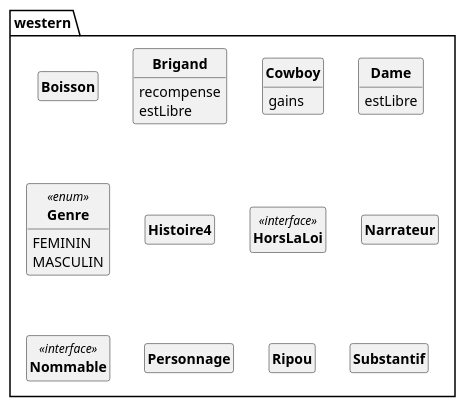
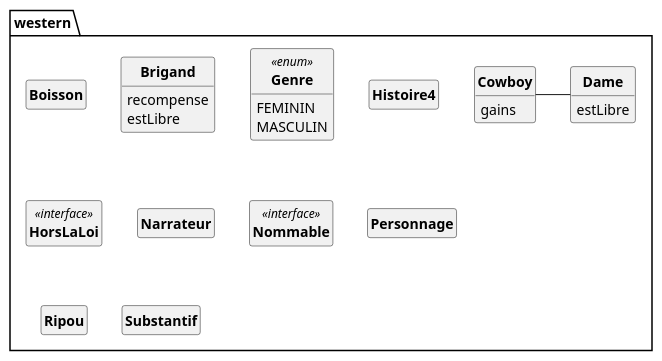
Before and after one commit to DimToups/Java-to-PUML-converter: the diagram in out/production/p21_projet/pumlFromJava/westernClass.puml, drawn with PlantUML. The commit also changed 3 other files, not shown here.

```diff
--- a/out/production/p21_projet/pumlFromJava/westernClass.puml
+++ b/out/production/p21_projet/pumlFromJava/westernClass.puml
@@ -1,54 +1,56 @@
 @startuml
 'https://plantuml.com/class-diagram
 skinparam style strictuml
 skinparam classAttributeIconSize 0
 skinparam classFontStyle Bold
 
 hide empty members
 
 
 package western{
 
 class Boisson{
 
 }
 class Brigand{
 	recompense
 	estLibre
 
 }
 class Cowboy{
 	gains
 
 }
 class Dame{
 	estLibre
 
 }
 class Genre <<enum>>{
 	FEMININ
 	MASCULIN
 
 }
 class Histoire4{
 
 }
 class HorsLaLoi <<interface>>{
 
 }
 class Narrateur{
 
 }
 class Nommable <<interface>>{
 
 }
 class Personnage{
 
 }
 class Ripou{
 
 }
 class Substantif{
 
 }
+
+Cowboy - Dame
 @enduml
```
